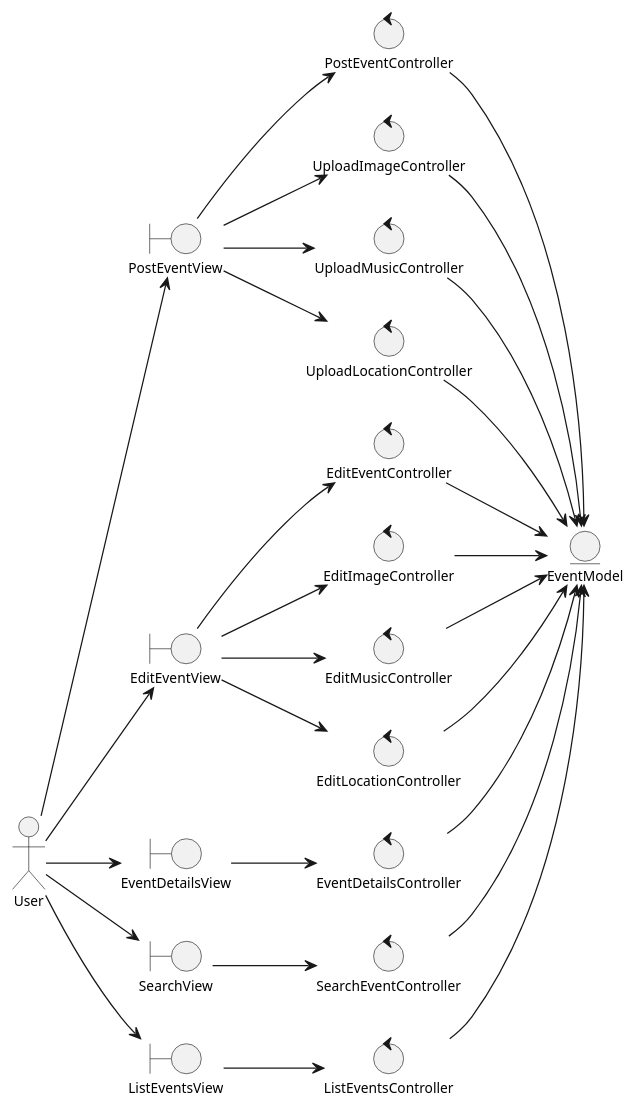
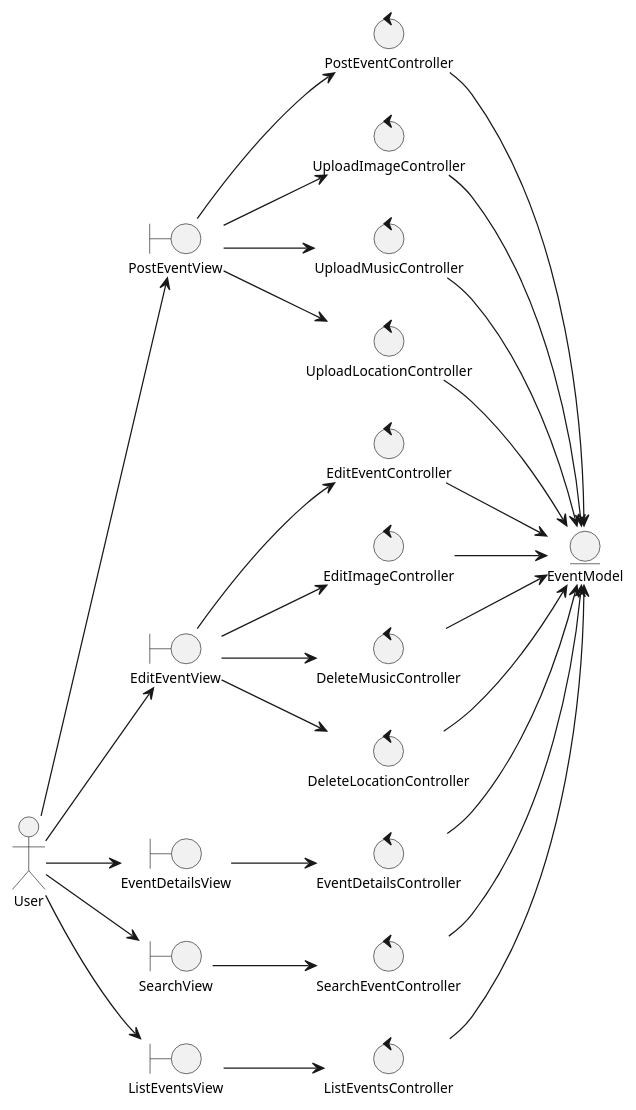
One commit to valeraruggierotesisucv/tesis-frameworks-mobile-diagrams changed the diagram in Análisis/Clases de Análisis/analysisClassDiagramEventsManagements.plantuml. Above: the diagram before and after it, drawn with PlantUML. The commit also changed 1 other file, not shown here.

```diff
--- a/Análisis/Clases de Análisis/analysisClassDiagramEventsManagements.plantuml
+++ b/Análisis/Clases de Análisis/analysisClassDiagramEventsManagements.plantuml
@@ -1,59 +1,59 @@
 @startuml analysisClassDiagramEventsManagements
 skinparam style strictuml
 left to right direction
 skinparam defaultTextAlignment center
 skinparam defaultFontSize 11
 
 actor "User" as user
 
 entity "EventModel" as eventModel
 
 boundary "PostEventView" as postEventView
 boundary "EditEventView" as editEventView
 boundary "EventDetailsView" as eventDetailsView
 boundary "SearchView" as searchView
 boundary "ListEventsView" as listEventsView
 
 control "PostEventController" as postEventController
 control "UploadImageController" as uploadImageController
 control "UploadMusicController" as uploadMusicController
 control "UploadLocationController" as uploadLocationController
 control "EditEventController" as editEventController
 control "EditImageController" as editImageController
-control "EditMusicController" as editMusicController
-control "EditLocationController" as editLocationController
+control "DeleteMusicController" as deleteMusicController
+control "DeleteLocationController" as deleteLocationController
 control "EventDetailsController" as eventDetailsController
 control "SearchEventController" as searchEventController
 control "ListEventsController" as listEventsController
 
 user --> postEventView
 user --> editEventView
 user --> eventDetailsView
 user --> searchView
 user --> listEventsView
 
 postEventView --> postEventController
 postEventView --> uploadImageController
 postEventView --> uploadMusicController
 postEventView --> uploadLocationController
 editEventView --> editEventController
 editEventView --> editImageController
-editEventView --> editMusicController
-editEventView --> editLocationController
+editEventView --> deleteMusicController
+editEventView --> deleteLocationController
 eventDetailsView --> eventDetailsController
 searchView --> searchEventController
 listEventsView --> listEventsController
 
 postEventController --> eventModel
 uploadImageController --> eventModel
 uploadMusicController --> eventModel
 uploadLocationController --> eventModel
 editImageController --> eventModel
-editMusicController --> eventModel
-editLocationController --> eventModel
+deleteMusicController --> eventModel
+deleteLocationController --> eventModel
 editEventController --> eventModel
 eventDetailsController --> eventModel
 searchEventController --> eventModel
 listEventsController --> eventModel
 
 @enduml
```
